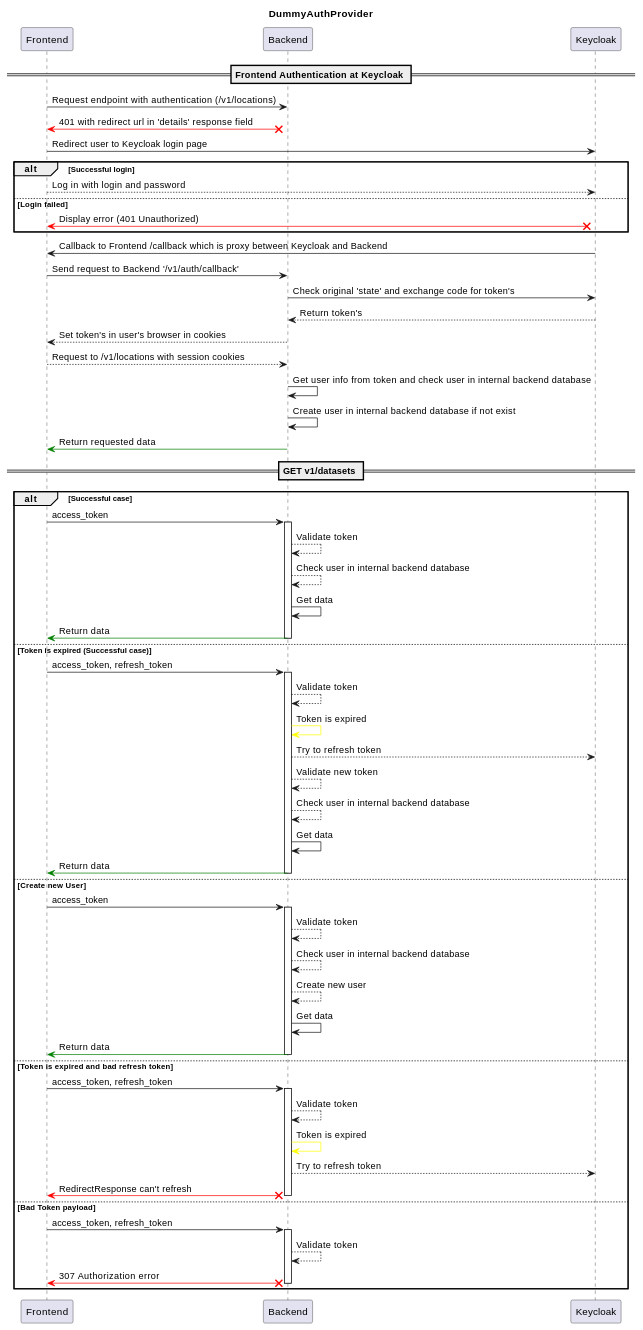
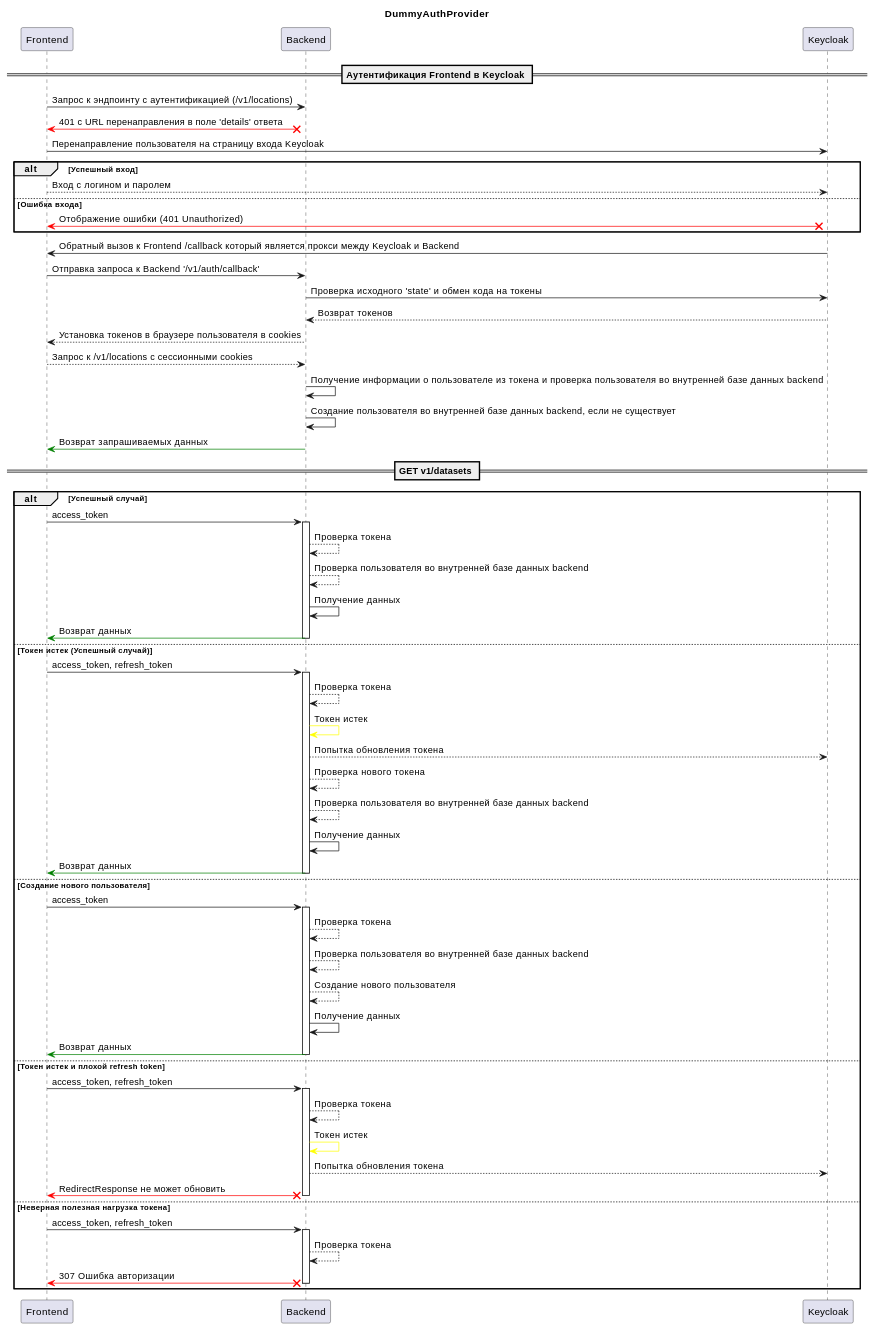
The diagram in mddocs/docs/ru/reference/server/auth/keycloak.md (MobileTeleSystems/data-rentgen), drawn with PlantUML before and after one commit. The commit also changed other lines of this file and 29 other files, not shown here.

````diff
--- a/mddocs/docs/ru/reference/server/auth/keycloak.md
+++ b/mddocs/docs/ru/reference/server/auth/keycloak.md
@@ -14,82 +13,82 @@
-```plantuml title="Interaction schema"
+```plantuml title="Схема взаимодействия"
 
         @startuml
             title DummyAuthProvider
             participant "Frontend"
             participant "Backend"
             participant "Keycloak"
 
-            == Frontend Authentication at Keycloak ==
+            == Аутентификация Frontend в Keycloak ==
 
-            Frontend -> Backend : Request endpoint with authentication (/v1/locations)
+            Frontend -> Backend : Запрос к эндпоинту с аутентификацией (/v1/locations)
 
-            Backend x-[#red]> Frontend: 401 with redirect url in 'details' response field
+            Backend x-[#red]> Frontend: 401 с URL перенаправления в поле 'details' ответа
 
-            Frontend -> Keycloak : Redirect user to Keycloak login page
+            Frontend -> Keycloak : Перенаправление пользователя на страницу входа Keycloak
 
-            alt Successful login
-                Frontend --> Keycloak : Log in with login and password
-            else Login failed
-                Keycloak x-[#red]> Frontend -- : Display error (401 Unauthorized)
+            alt Успешный вход
+                Frontend --> Keycloak : Вход с логином и паролем
+            else Ошибка входа
+                Keycloak x-[#red]> Frontend -- : Отображение ошибки (401 Unauthorized)
             end
 
-            Keycloak -> Frontend : Callback to Frontend /callback which is proxy between Keycloak and Backend
+            Keycloak -> Frontend : Обратный вызов к Frontend /callback который является прокси между Keycloak и Backend
 
-            Frontend -> Backend : Send request to Backend '/v1/auth/callback'
+            Frontend -> Backend : Отправка запроса к Backend '/v1/auth/callback'
 
-            Backend -> Keycloak : Check original 'state' and exchange code for token's
-            Keycloak --> Backend : Return token's
-            Backend --> Frontend : Set token's in user's browser in cookies
+            Backend -> Keycloak : Проверка исходного 'state' и обмен кода на токены
+            Keycloak --> Backend : Возврат токенов
+            Backend --> Frontend : Установка токенов в браузере пользователя в cookies
 
-            Frontend --> Backend : Request to /v1/locations with session cookies
-            Backend -> Backend : Get user info from token and check user in internal backend database
-            Backend -> Backend : Create user in internal backend database if not exist
-            Backend -[#green]> Frontend -- : Return requested data
+            Frontend --> Backend : Запрос к /v1/locations с сессионными cookies
+            Backend -> Backend : Получение информации о пользователе из токена и проверка пользователя во внутренней базе данных backend
+            Backend -> Backend : Создание пользователя во внутренней базе данных backend, если не существует
+            Backend -[#green]> Frontend -- : Возврат запрашиваемых данных
 
 
             == GET v1/datasets ==
 
 
-            alt Successful case
+            alt Успешный случай
                 "Frontend" -> "Backend" ++ : access_token
-                "Backend" --> "Backend" : Validate token
-                "Backend" --> "Backend" : Check user in internal backend database
-                "Backend" -> "Backend" : Get data
-                "Backend" -[#green]> "Frontend" -- : Return data
+                "Backend" --> "Backend" : Проверка токена
+                "Backend" --> "Backend" : Проверка пользователя во внутренней базе данных backend
+                "Backend" -> "Backend" : Получение данных
+                "Backend" -[#green]> "Frontend" -- : Возврат данных
 
-            else Token is expired (Successful case)
+            else Токен истек (Успешный случай)
                 "Frontend" -> "Backend" ++ : access_token, refresh_token
-                "Backend" --> "Backend" : Validate token
-                "Backend" -[#yellow]> "Backend" : Token is expired
-                "Backend" --> "Keycloak" : Try to refresh token
-                "Backend" --> "Backend" : Validate new token
-                "Backend" --> "Backend" : Check user in internal backend database
-                "Backend" -> "Backend" : Get data
-                "Backend" -[#green]> "Frontend" -- : Return data
+                "Backend" --> "Backend" : Проверка токена
+                "Backend" -[#yellow]> "Backend" : Токен истек
+                "Backend" --> "Keycloak" : Попытка обновления токена
+                "Backend" --> "Backend" : Проверка нового токена
+                "Backend" --> "Backend" : Проверка пользователя во внутренней базе данных backend
+                "Backend" -> "Backend" : Получение данных
+                "Backend" -[#green]> "Frontend" -- : Возврат данных
 
-            else Create new User
+            else Создание нового пользователя
                 "Frontend" -> "Backend" ++ : access_token
-                "Backend" --> "Backend" : Validate token
-                "Backend" --> "Backend" : Check user in internal backend database
-                "Backend" --> "Backend" : Create new user
-                "Backend" -> "Backend" : Get data
-                "Backend" -[#green]> "Frontend" -- : Return data
+                "Backend" --> "Backend" : Проверка токена
+                "Backend" --> "Backend" : Проверка пользователя во внутренней базе данных backend
+                "Backend" --> "Backend" : Создание нового пользователя
+                "Backend" -> "Backend" : Получение данных
+                "Backend" -[#green]> "Frontend" -- : Возврат данных
 
-            else Token is expired and bad refresh token
+            else Токен истек и плохой refresh token
                 "Frontend" -> "Backend" ++ : access_token, refresh_token
-                "Backend" --> "Backend" : Validate token
-                "Backend" -[#yellow]> "Backend" : Token is expired
-                "Backend" --> "Keycloak" : Try to refresh token
-                "Backend" x-[#red]> "Frontend" -- : RedirectResponse can't refresh
+                "Backend" --> "Backend" : Проверка токена
+                "Backend" -[#yellow]> "Backend" : Токен истек
+                "Backend" --> "Keycloak" : Попытка обновления токена
+                "Backend" x-[#red]> "Frontend" -- : RedirectResponse не может обновить
 
-            else Bad Token payload
+            else Неверная полезная нагрузка токена
                 "Frontend" -> "Backend" ++ : access_token, refresh_token
-                "Backend" --> "Backend" : Validate token
-                "Backend" x-[#red]> "Frontend" -- : 307 Authorization error
+                "Backend" --> "Backend" : Проверка токена
+                "Backend" x-[#red]> "Frontend" -- : 307 Ошибка авторизации
 
             end
 
             deactivate "Frontend"
         @enduml
 
 ```
````
